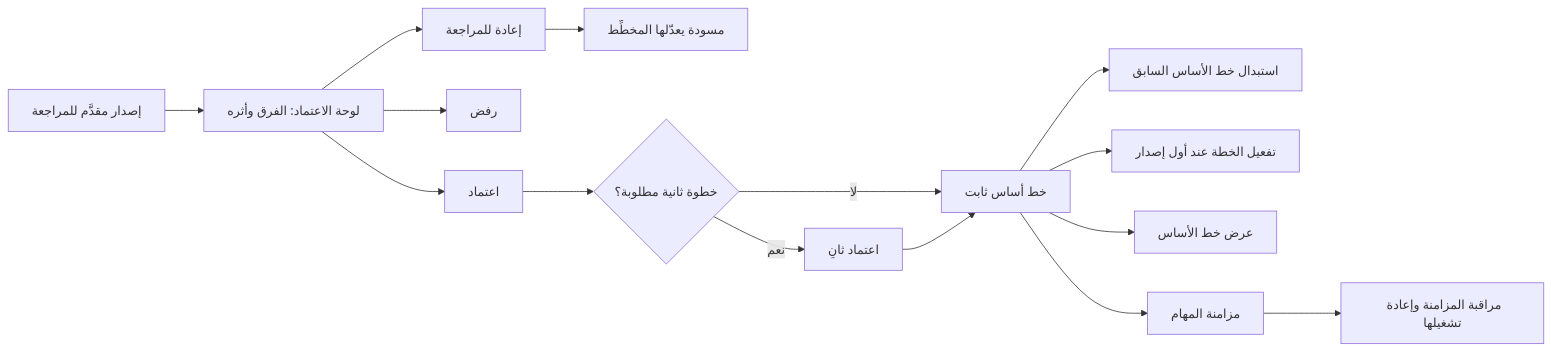
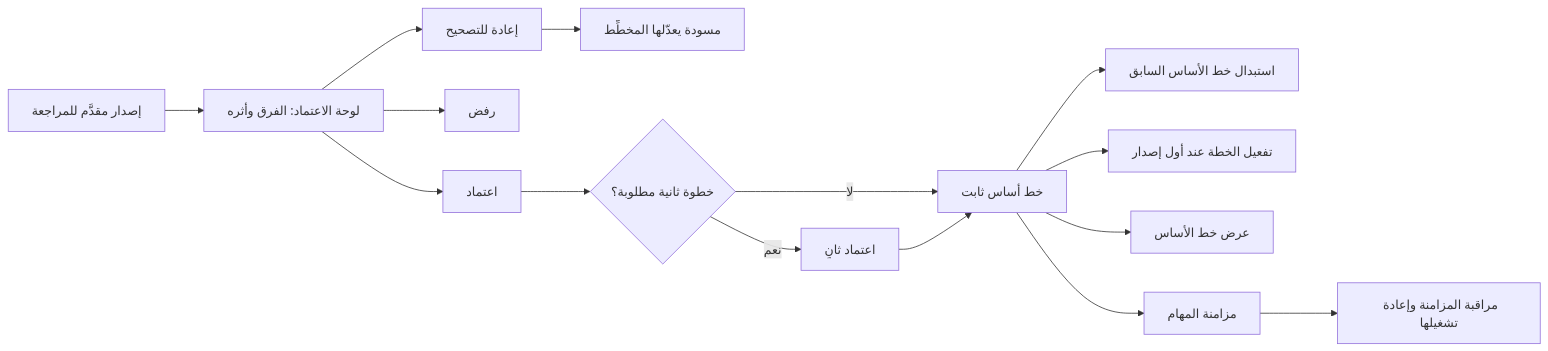
One commit to Ayoubkhattab/Planing changed the first of 2 diagrams in spec/18-analysis-design/05-user-stories/CAP-07-planning-execution/FEAT-OPS-PLAN-APPROVAL.md. Above: the diagram before and after it, drawn with Mermaid. The commit also changed other lines of this file and 4 other files, not shown here.

````diff
--- a/spec/18-analysis-design/05-user-stories/CAP-07-planning-execution/FEAT-OPS-PLAN-APPROVAL.md
+++ b/spec/18-analysis-design/05-user-stories/CAP-07-planning-execution/FEAT-OPS-PLAN-APPROVAL.md
@@ -48,17 +48,17 @@
 ```mermaid
 flowchart LR
   SUB["إصدار مقدَّم للمراجعة"] --> PANEL["لوحة الاعتماد: الفرق وأثره"]
-  PANEL --> RET["إعادة للمراجعة"]
+  PANEL --> RET["إعادة للتصحيح"]
   PANEL --> REJ["رفض"]
   PANEL --> APP["اعتماد"]
   RET --> DRAFT["مسودة يعدّلها المخطِّط"]
   APP --> TWO{"خطوة ثانية مطلوبة؟"}
   TWO -->|"نعم"| APP2["اعتماد ثانٍ"]
   TWO -->|"لا"| BL["خط أساس ثابت"]
   APP2 --> BL
   BL --> SUP["استبدال خط الأساس السابق"]
   BL --> ACT["تفعيل الخطة عند أول إصدار"]
   BL --> VIEW["عرض خط الأساس"]
   BL --> SYNC["مزامنة المهام"]
   SYNC --> OPS["مراقبة المزامنة وإعادة تشغيلها"]
 ```
````
